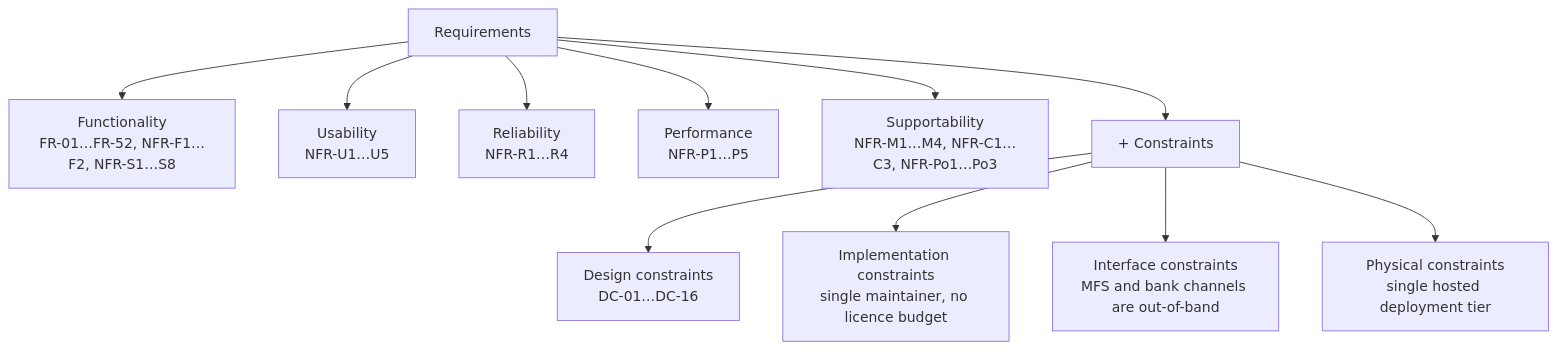
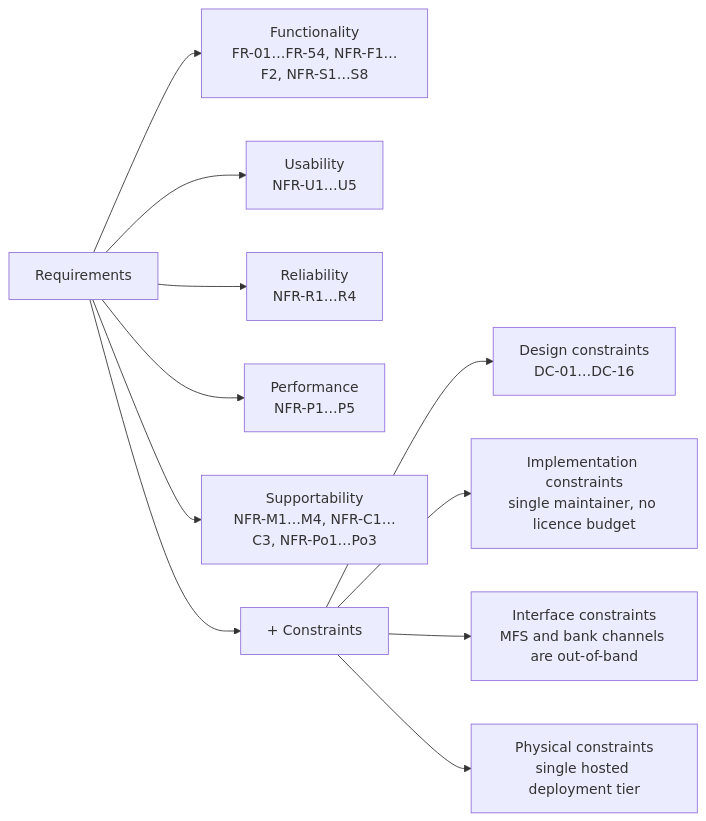
Diagram 11 of 12 in docs/book/03-requirements.md (shalin-rahman/GHCAA), drawn with Mermaid before and after one commit. The commit also changed other lines of this file and 22 other files, not shown here.

First line of the commit message:
docs(book): align with the implementation, fit every figure to A4, print a real PDF

````diff
--- a/docs/book/03-requirements.md
+++ b/docs/book/03-requirements.md
@@ -998,14 +988,14 @@
 ```mermaid
-flowchart TB
+flowchart LR
     R[Requirements]
-    R --> F["Functionality<br/>FR-01…FR-52, NFR-F1…F2, NFR-S1…S8"]
+    R --> F["Functionality<br/>FR-01…FR-54, NFR-F1…F2, NFR-S1…S8"]
     R --> Us["Usability<br/>NFR-U1…U5"]
     R --> Re["Reliability<br/>NFR-R1…R4"]
     R --> Pe["Performance<br/>NFR-P1…P5"]
     R --> Su["Supportability<br/>NFR-M1…M4, NFR-C1…C3, NFR-Po1…Po3"]
     R --> Plus["+ Constraints"]
     Plus --> D["Design constraints<br/>DC-01…DC-16"]
     Plus --> I["Implementation constraints<br/>single maintainer, no licence budget"]
     Plus --> In["Interface constraints<br/>MFS and bank channels are out-of-band"]
     Plus --> Ph["Physical constraints<br/>single hosted deployment tier"]
 ```
````
